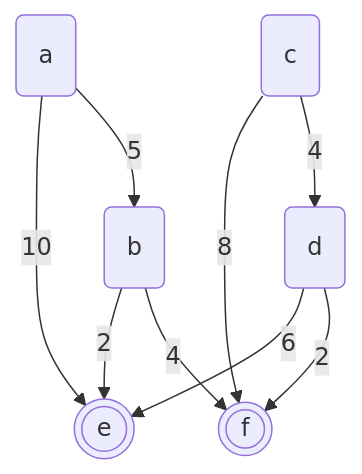
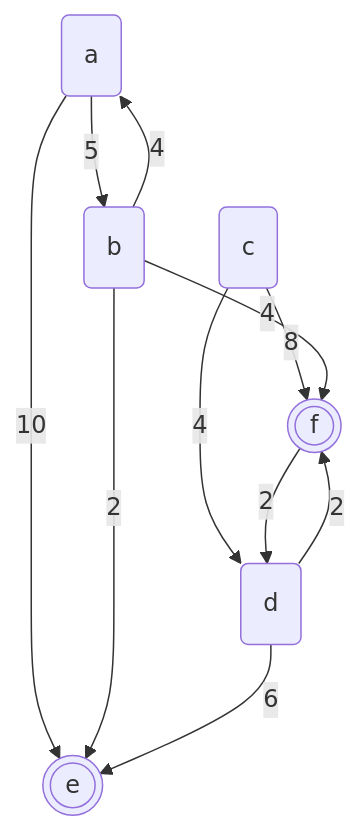
Before and after one commit to studenttak/modules: the diagram in 0310/mdModule.md, drawn with Mermaid.

````diff
--- a/0310/mdModule.md
+++ b/0310/mdModule.md
@@ -217,17 +217,19 @@
 ```mermaid
 flowchart TD
 a(a)
 b(b)
 c(c)
 d(d)
 e(((e)))
 f(((f)))
 a-- 10 -->e
 a-- 5 -->b
 c-- 8 -->f
 b-- 2 -->e
 b-- 4 -->f
 c-- 4 -->d
 d-- 6 -->e
 d-- 2 -->f
+b-- 4 -->a
+f-- 2 -->d
 ```
````
